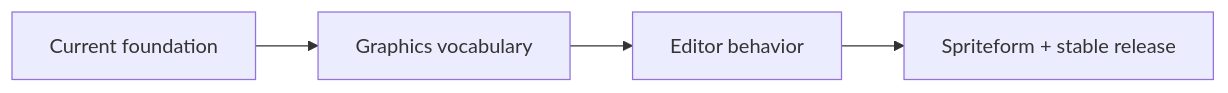
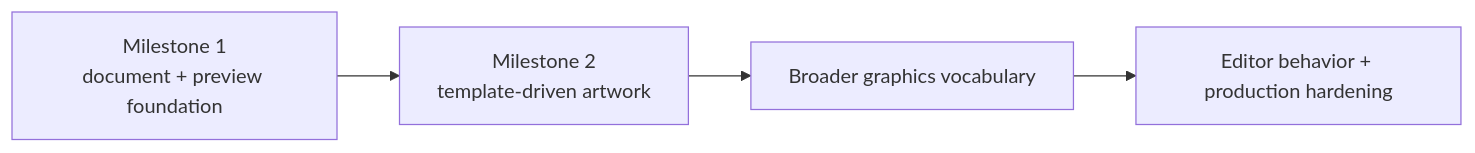
The diagram in apps/site/src/content/docs/docs/project/roadmap.md (iamkaf/layeredgraphics), drawn with Mermaid before and after one commit. The commit also changed other lines of this file and 23 other files, not shown here.

````diff
--- a/apps/site/src/content/docs/docs/project/roadmap.md
+++ b/apps/site/src/content/docs/docs/project/roadmap.md
@@ -10,6 +12,6 @@
 ```mermaid
 flowchart LR
-  B[Current foundation] --> P[Graphics vocabulary]
-  P --> E[Editor behavior]
-  E --> S[Spriteform + stable release]
+  B[Milestone 1<br/>document + preview foundation] --> M[Milestone 2<br/>template-driven artwork]
+  M --> P[Broader graphics vocabulary]
+  P --> E[Editor behavior + production hardening]
 ```
````
